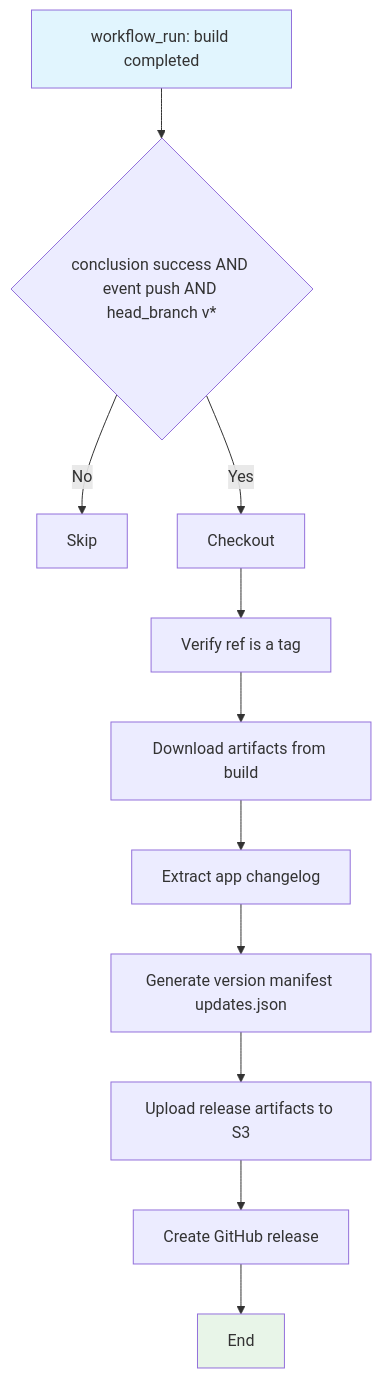
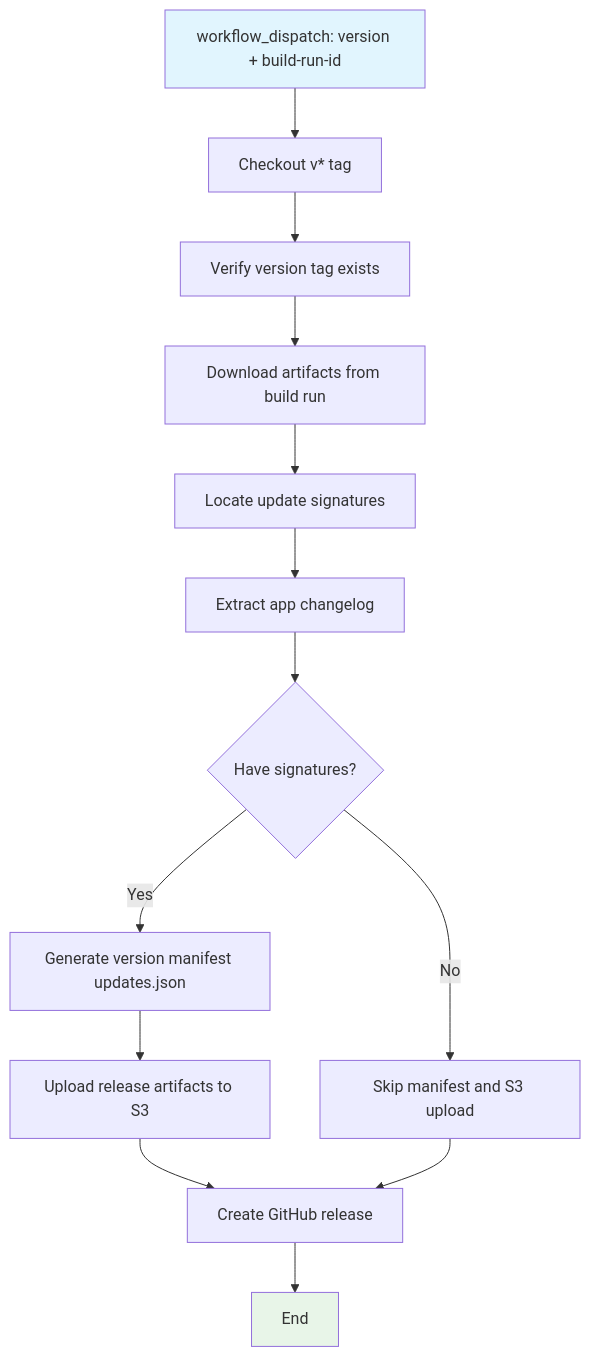
One commit to Helio-RC/Packrinth changed the diagram in spec/spec-process-cicd-app-release.md. Above: the diagram before and after it, drawn with Mermaid. The commit also changed other lines of this file and 41 other files, not shown here.

````diff
--- a/spec/spec-process-cicd-app-release.md
+++ b/spec/spec-process-cicd-app-release.md
@@ -20,16 +20,18 @@
 ```mermaid
 graph TD
-    A[workflow_run: build completed] --> B{conclusion success AND event push AND head_branch v*}
-    B -->|No| C[Skip]
-    B -->|Yes| D[Checkout]
-    D --> E[Verify ref is a tag]
-    E --> F[Download artifacts from build]
-    F --> G[Extract app changelog]
-    G --> H[Generate version manifest updates.json]
+    A[workflow_dispatch: version + build-run-id] --> B[Checkout v* tag]
+    B --> C[Verify version tag exists]
+    C --> D[Download artifacts from build run]
+    D --> E[Locate update signatures]
+    E --> F[Extract app changelog]
+    F --> G{Have signatures?}
+    G -->|Yes| H[Generate version manifest updates.json]
     H --> I[Upload release artifacts to S3]
-    I --> J[Create GitHub release]
-    J --> K[End]
+    G -->|No| J[Skip manifest and S3 upload]
+    I --> K[Create GitHub release]
+    J --> K
+    K --> L[End]
 
     style A fill:#e1f5fe
-    style K fill:#e8f5e8
+    style L fill:#e8f5e8
 ```
````
